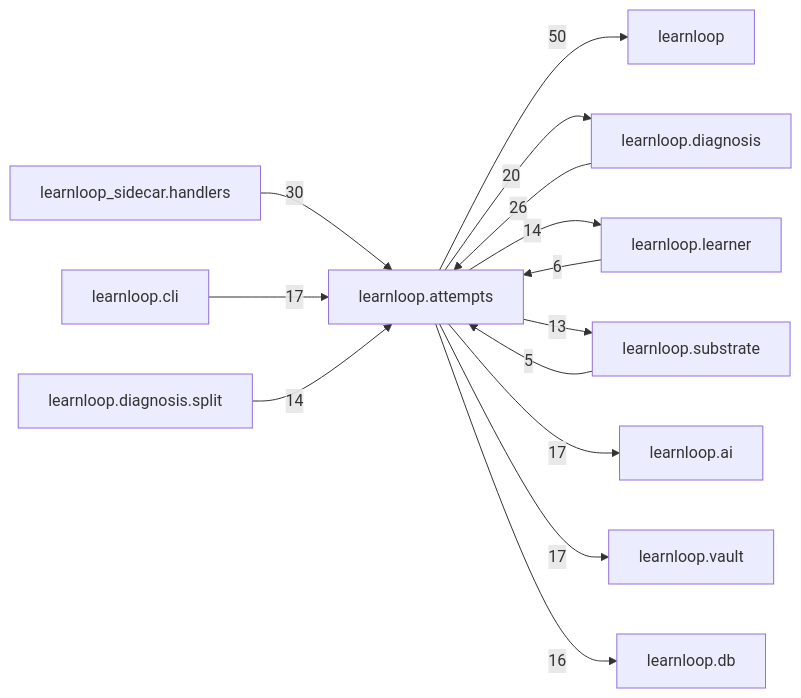
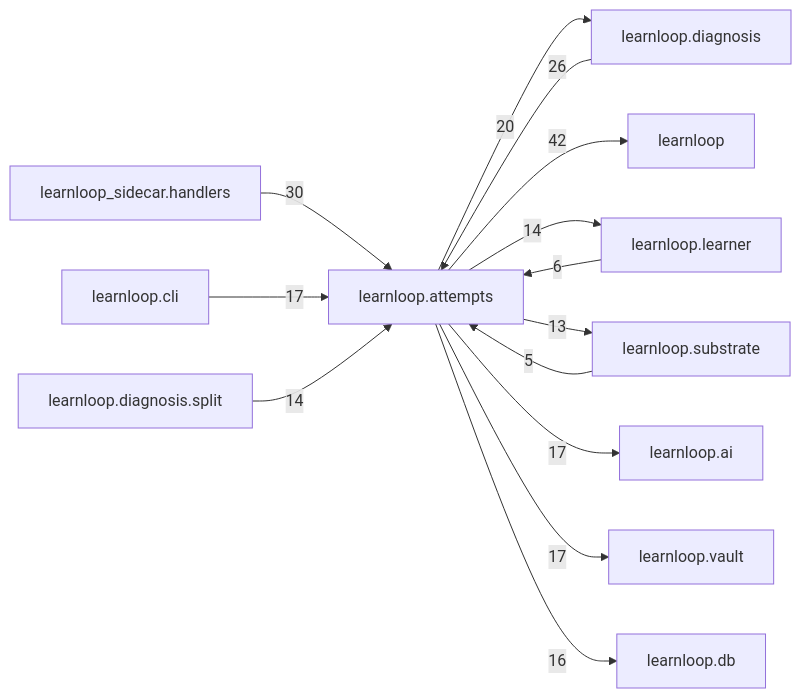
One commit to 6up-b/learnanything changed the diagram in docs/learnloop-architecture-vault/Reference/Modules/learnloop/attempts/_package.md. Above: the diagram before and after it, drawn with Mermaid. The commit also changed other lines of this file and 46 other files, not shown here.

````diff
--- a/docs/learnloop-architecture-vault/Reference/Modules/learnloop/attempts/_package.md
+++ b/docs/learnloop-architecture-vault/Reference/Modules/learnloop/attempts/_package.md
@@ -168,27 +168,27 @@
 ```mermaid
 flowchart LR
     center["learnloop.attempts"]
+    n_learnloop_diagnosis["learnloop.diagnosis"]
     n_learnloop["learnloop"]
-    n_learnloop_diagnosis["learnloop.diagnosis"]
     n_learnloop_sidecar_handlers["learnloop_sidecar.handlers"]
     n_learnloop_learner["learnloop.learner"]
     n_learnloop_substrate["learnloop.substrate"]
     n_learnloop_ai["learnloop.ai"]
     n_learnloop_cli["learnloop.cli"]
     n_learnloop_vault["learnloop.vault"]
     n_learnloop_db["learnloop.db"]
     n_learnloop_diagnosis_split["learnloop.diagnosis.split"]
-    center -->|50| n_learnloop
     n_learnloop_diagnosis -->|26| center
     center -->|20| n_learnloop_diagnosis
+    center -->|42| n_learnloop
     n_learnloop_sidecar_handlers -->|30| center
     n_learnloop_learner -->|6| center
     center -->|14| n_learnloop_learner
     n_learnloop_substrate -->|5| center
     center -->|13| n_learnloop_substrate
     center -->|17| n_learnloop_ai
     n_learnloop_cli -->|17| center
     center -->|17| n_learnloop_vault
     center -->|16| n_learnloop_db
     n_learnloop_diagnosis_split -->|14| center
 ```
````
